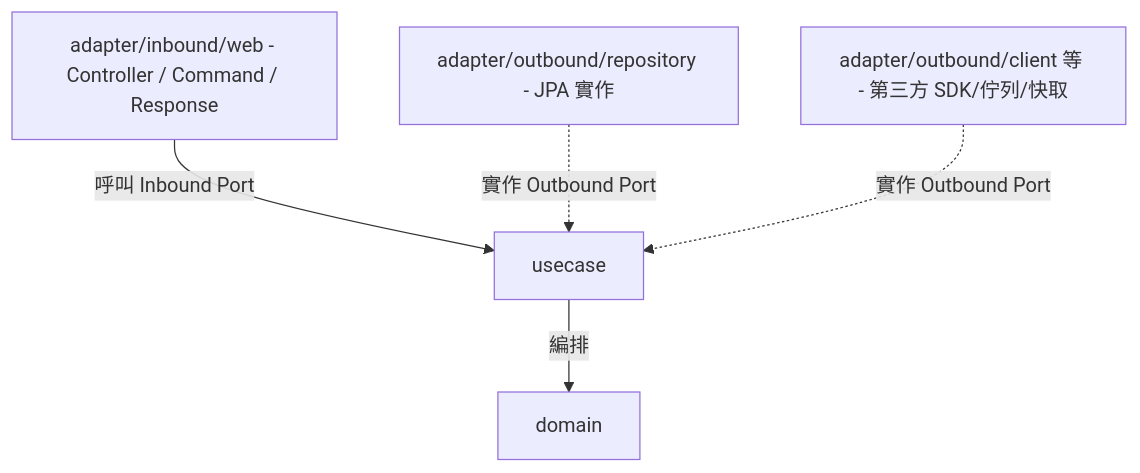
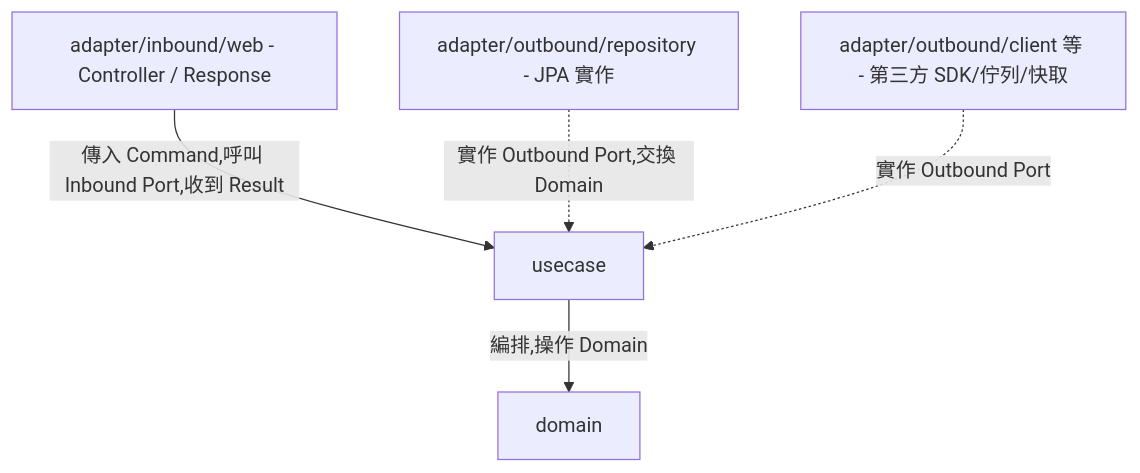
Before and after one commit to x8163don/skills: the diagram in java-clean-arch-codegen/references/architecture.md, drawn with Mermaid. The commit also changed other lines of this file and 4 other files, not shown here.

First line of the commit message:
Split usecase layer into one Inbound Port + Impl per use case, move Command in

````diff
--- a/java-clean-arch-codegen/references/architecture.md
+++ b/java-clean-arch-codegen/references/architecture.md
@@ -12,7 +15,7 @@
 ```mermaid
 graph TD
-    A[adapter/inbound/web - Controller / Command / Response] -->|呼叫 Inbound Port| D[usecase]
-    B[adapter/outbound/repository - JPA 實作] -.->|實作 Outbound Port| D
+    A[adapter/inbound/web - Controller / Response] -->|傳入 Command,呼叫 Inbound Port,收到 Result| D[usecase]
+    B[adapter/outbound/repository - JPA 實作] -.->|實作 Outbound Port,交換 Domain| D
     C[adapter/outbound/client 等 - 第三方 SDK/佇列/快取] -.->|實作 Outbound Port| D
-    D -->|編排| E[domain]
+    D -->|編排,操作 Domain| E[domain]
 ```
````
